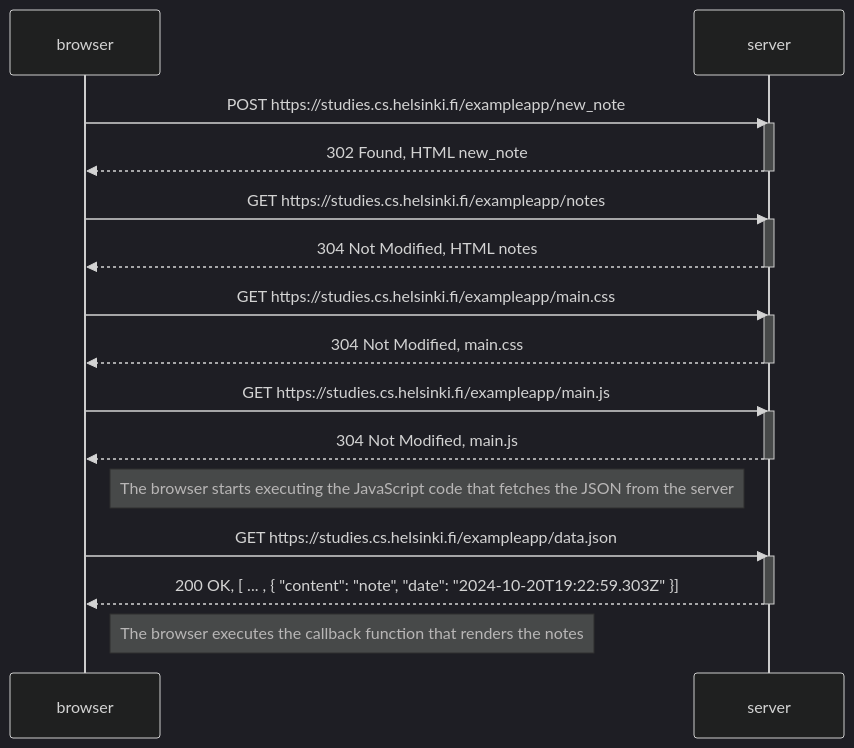
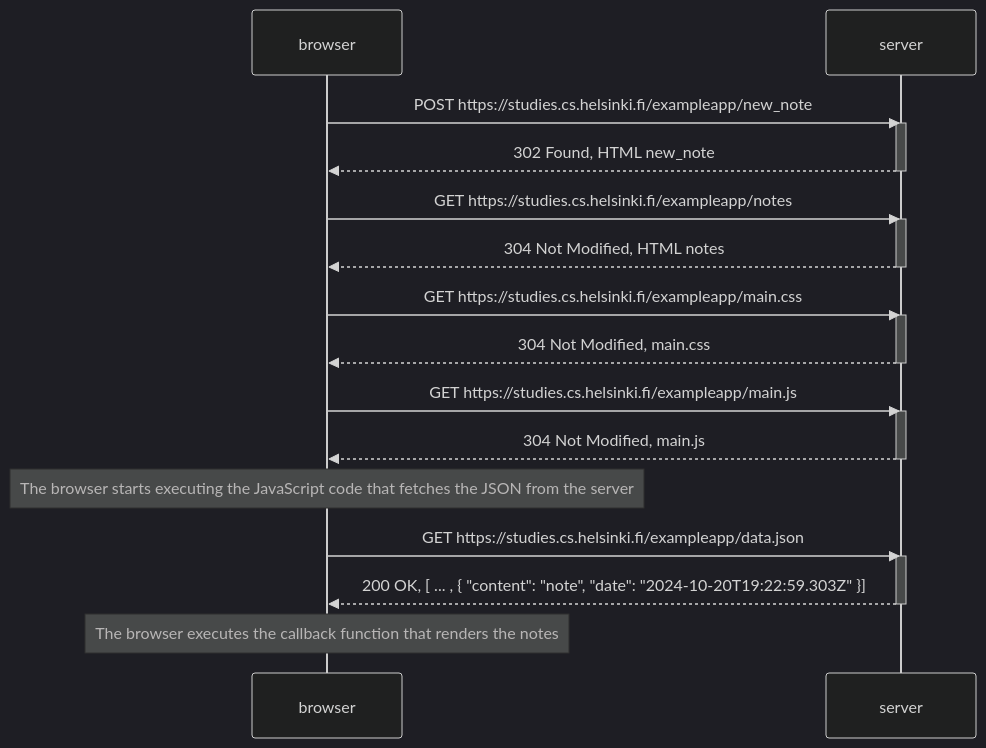
Before and after one commit to maria-val/Full_Stack_Open_BootCamp: the diagram in part0/ex0.4.md, drawn with Mermaid (dark theme). The commit also changed 2 other files, not shown here.

Commit message:
all exercises with mermaid

````diff
--- a/part0/ex0.4.md
+++ b/part0/ex0.4.md
@@ -1,34 +1,34 @@
 ```mermaid
 sequenceDiagram
     participant browser
     participant server
 
     browser->>server: POST https://studies.cs.helsinki.fi/exampleapp/new_note
     activate server
     server-->>browser: 302 Found, HTML new_note
     deactivate server
 
     browser->>server: GET https://studies.cs.helsinki.fi/exampleapp/notes
     activate server
     server-->>browser: 304 Not Modified, HTML notes
     deactivate server
 
     browser->>server: GET https://studies.cs.helsinki.fi/exampleapp/main.css
     activate server
     server-->>browser: 304 Not Modified, main.css
     deactivate server
 
     browser->>server: GET https://studies.cs.helsinki.fi/exampleapp/main.js
     activate server
     server-->>browser: 304 Not Modified, main.js
     deactivate server
 
-    Note right of browser: The browser starts executing the JavaScript code that fetches the JSON from the server
+    Note over browser: The browser starts executing the JavaScript code that fetches the JSON from the server
 
     browser->>server: GET https://studies.cs.helsinki.fi/exampleapp/data.json
     activate server
     server-->>browser: 200 OK, [ ... , { "content": "note", "date": "2024-10-20T19:22:59.303Z" }]
     deactivate server
 
-    Note right of browser: The browser executes the callback function that renders the notes
+    Note over browser: The browser executes the callback function that renders the notes
 ```
````
